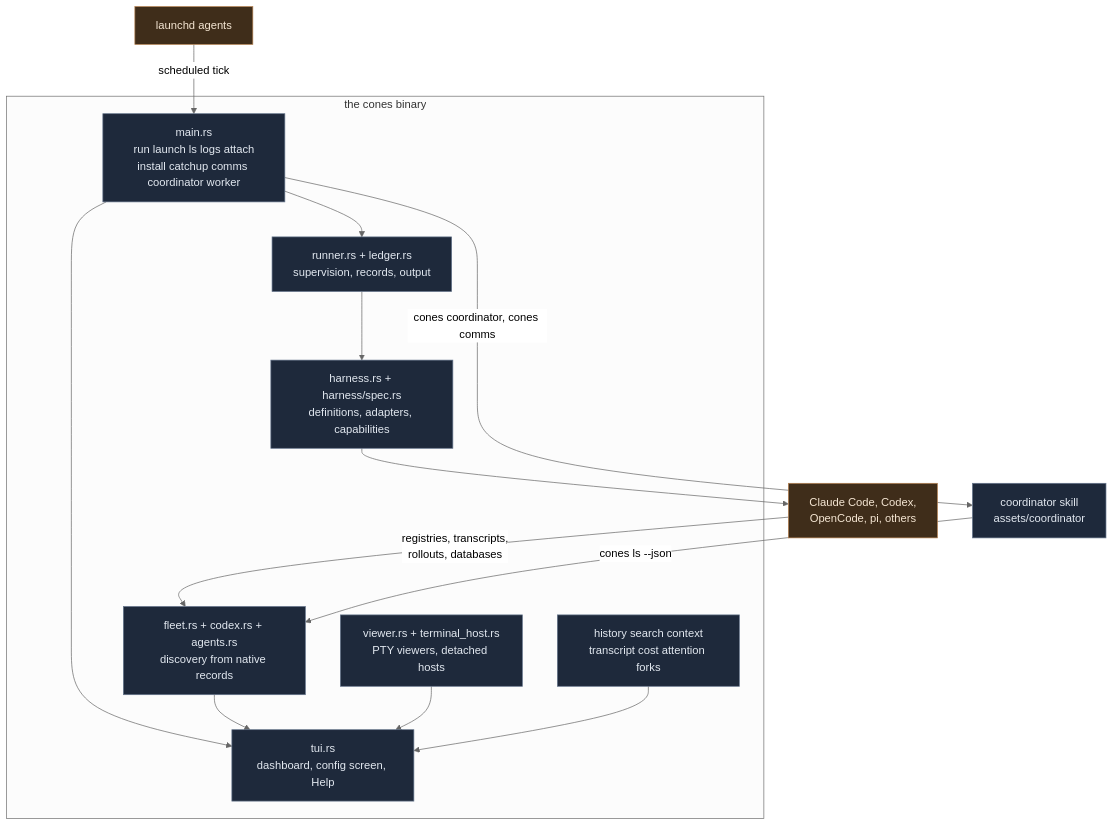
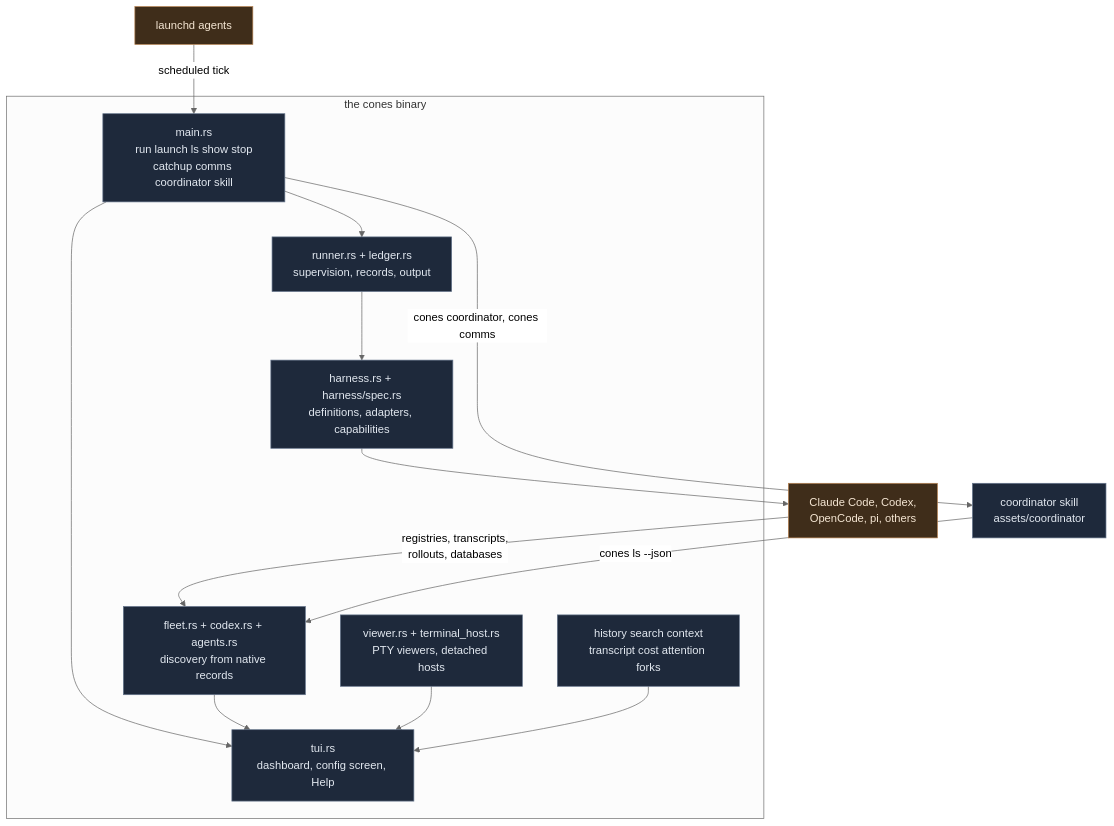
Before and after one commit to YuvalSarel1/cones: the first of 4 diagrams in docs/architecture.md, drawn with Mermaid (neutral theme). The commit also changed other lines of this file and 6 other files, not shown here.

````diff
--- a/docs/architecture.md
+++ b/docs/architecture.md
@@ -30,31 +30,31 @@
 ```mermaid
 flowchart TB
     subgraph binary ["the cones binary"]
-        CLI["main.rs<br/>run launch ls logs attach<br/>install catchup comms coordinator worker"]
+        CLI["main.rs<br/>run launch ls show stop<br/>catchup comms coordinator skill"]
         TUI["tui.rs<br/>dashboard, config screen, Help"]
         RUN["runner.rs + ledger.rs<br/>supervision, records, output"]
         HAR["harness.rs + harness/spec.rs<br/>definitions, adapters, capabilities"]
         FLEET["fleet.rs + codex.rs + agents.rs<br/>discovery from native records"]
         VIEW["viewer.rs + terminal_host.rs<br/>PTY viewers, detached hosts"]
         READ["history search context<br/>transcript cost attention forks"]
     end
     LAUNCHD["launchd agents"]
     HARNESS["Claude Code, Codex,<br/>OpenCode, pi, others"]
     COORD["coordinator skill<br/>assets/coordinator"]
 
     LAUNCHD -->|scheduled tick| CLI
     CLI --> RUN
     CLI --> TUI
     RUN --> HAR --> HARNESS
     HARNESS -->|registries, transcripts,<br/>rollouts, databases| FLEET
     FLEET --> TUI
     VIEW --> TUI
     READ --> TUI
     CLI -->|cones coordinator, cones comms| COORD
     COORD -->|cones ls --json| FLEET
 
     classDef owned fill:#1e293b,stroke:#64748b,color:#e2e8f0
     classDef foreign fill:#3f2d1a,stroke:#b58150,color:#f5e6d3
     class CLI,TUI,RUN,HAR,FLEET,VIEW,READ,COORD owned
     class HARNESS,LAUNCHD foreign
 ```
````
